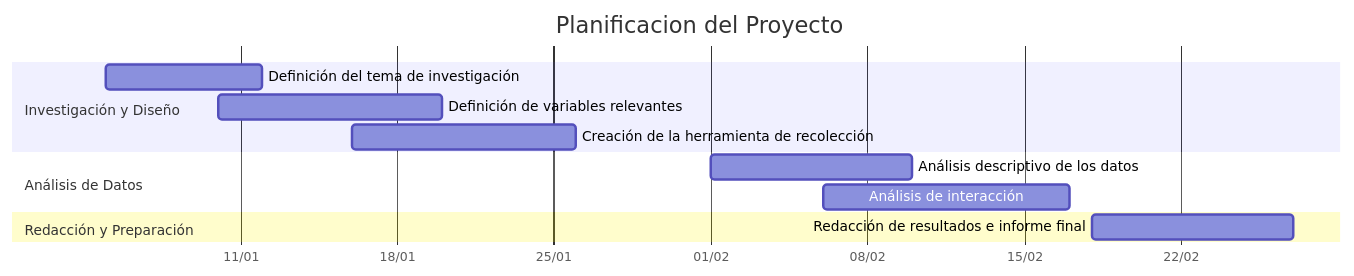
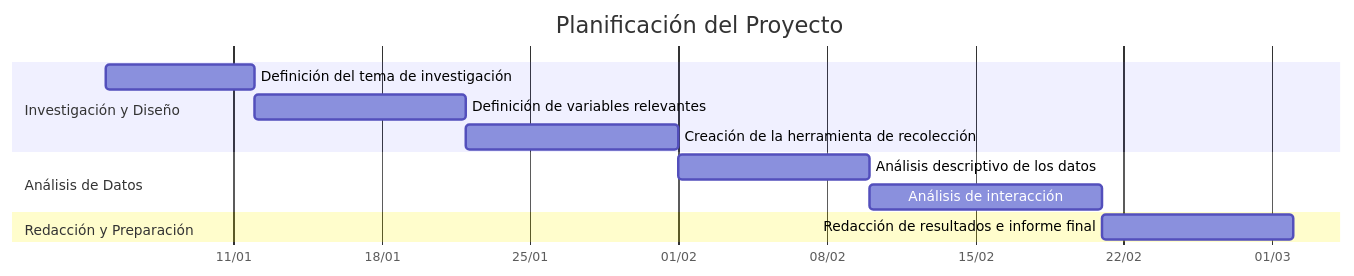
The diagram in proy.qmd (nicolasllerenas/pg1-estadistica-y-probabilidades), drawn with Mermaid before and after one commit. The commit also changed other lines of this file, not shown here.

Commit message:
Ahora si, esta ves si

````diff
--- a/proy.qmd
+++ b/proy.qmd
@@ -54,19 +54,16 @@
 ```{mermaid}
 gantt
-    title Planificacion del Proyecto
+    title Planificación del Proyecto
     dateFormat YYYY-MM-DD
     axisFormat %d/%m
     todayMarker off
-
     section Investigación y Diseño
     Definición del tema de investigación        :a1, 2026-01-05, 7d
-    Definición de variables relevantes          :a2, 2026-01-10, 10d
-    Creación de la herramienta de recolección   :a3, 2026-01-16, 10d
-
+    Definición de variables relevantes          :a2, 2026-01-12, 10d
+    Creación de la herramienta de recolección   :a3, 2026-01-22, 10d
     section Análisis de Datos
     Análisis descriptivo de los datos           :b1, 2026-02-01, 9d
-    Análisis de interacción                     :b2, 2026-02-06, 11d
-
+    Análisis de interacción                     :b2, 2026-02-10, 11d
     section Redacción y Preparación
-    Redacción de resultados e informe final     :c1, 2026-02-18, 9d
+    Redacción de resultados e informe final     :d1, 2026-02-21, 9d
 ```
````
